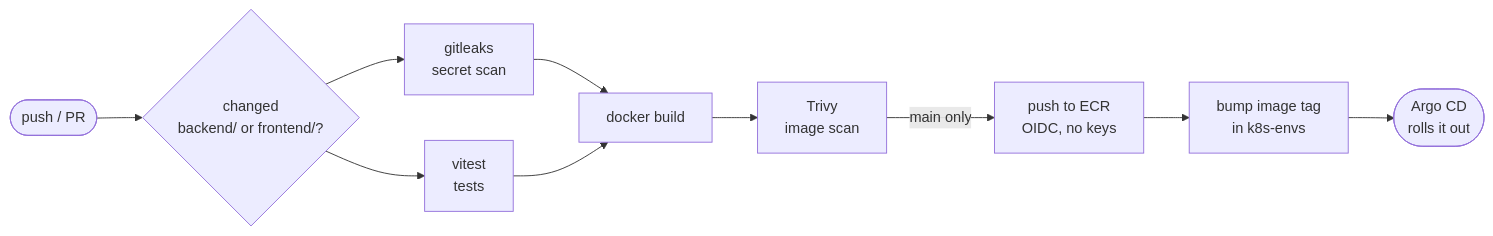
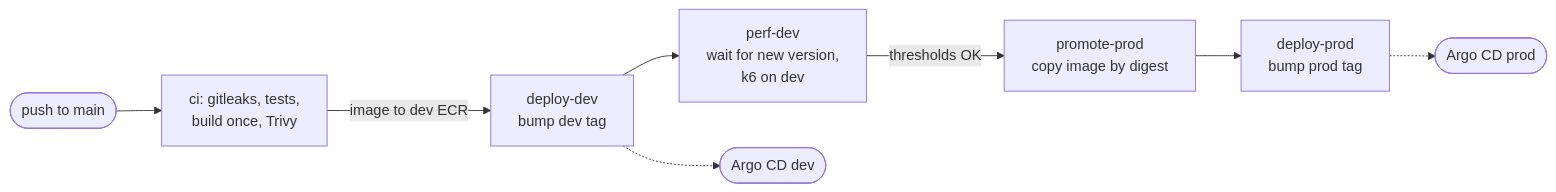
The diagram in README.md (jelicki-jovan/Incode-conduit-realworld-example-app), drawn with Mermaid before and after one commit. The commit also changed other lines of this file and 1 other file, not shown here.

````diff
--- a/README.md
+++ b/README.md
@@ -11,12 +14,10 @@
 ```mermaid
 flowchart LR
-  push([push / PR]) --> filter{changed<br/>backend/ or frontend/?}
-  filter --> scan[gitleaks<br/>secret scan]
-  filter --> test[vitest<br/>tests]
-  scan --> build[docker build]
-  test --> build
-  build --> trivy[Trivy<br/>image scan]
-  trivy -->|main only| ecr[push to ECR<br/>OIDC, no keys]
-  ecr --> deploy[bump image tag<br/>in k8s-envs]
-  deploy --> argo([Argo CD<br/>rolls it out])
+  push([push to main]) --> ci[ci: gitleaks, tests,<br/>build once, Trivy]
+  ci -->|image to dev ECR| devdeploy[deploy-dev<br/>bump dev tag]
+  devdeploy --> perf[perf-dev<br/>wait for new version,<br/>k6 on dev]
+  perf -->|thresholds OK| promote[promote-prod<br/>copy image by digest]
+  promote --> proddeploy[deploy-prod<br/>bump prod tag]
+  devdeploy -.-> argodev([Argo CD dev])
+  proddeploy -.-> argoprod([Argo CD prod])
 ```
````
